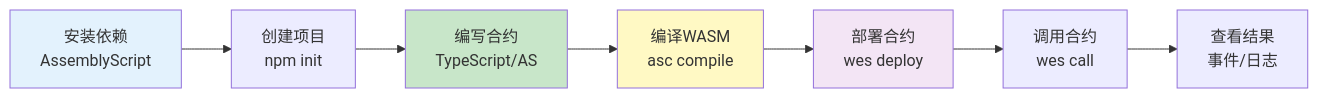
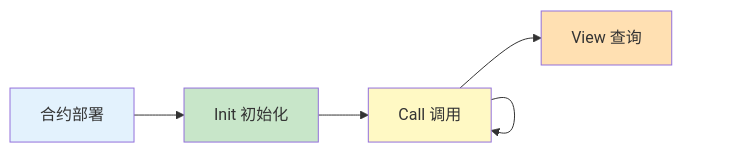
One commit to weisyn/contract-sdk-js changed the first of 2 diagrams in docs/DEVELOPER_GUIDE.md. Above: the diagram before and after it, drawn with Mermaid. The commit also changed other lines of this file and 20 other files, not shown here.

````diff
--- a/docs/DEVELOPER_GUIDE.md
+++ b/docs/DEVELOPER_GUIDE.md
@@ -19,14 +85,12 @@
 ```mermaid
 graph LR
-    A[安装依赖<br/>AssemblyScript] --> B[创建项目<br/>npm init]
-    B --> C[编写合约<br/>TypeScript/AS]
-    C --> D[编译WASM<br/>asc compile]
-    D --> E[部署合约<br/>wes deploy]
-    E --> F[调用合约<br/>wes call]
-    F --> G[查看结果<br/>事件/日志]
+    A[合约部署] --> B[Init 初始化]
+    B --> C[Call 调用]
+    C --> D[View 查询]
+    C --> C
     
     style A fill:#E3F2FD
-    style C fill:#C8E6C9
-    style D fill:#FFF9C4
-    style E fill:#F3E5F5
+    style B fill:#C8E6C9
+    style C fill:#FFF9C4
+    style D fill:#FFE0B2
 ```
````
